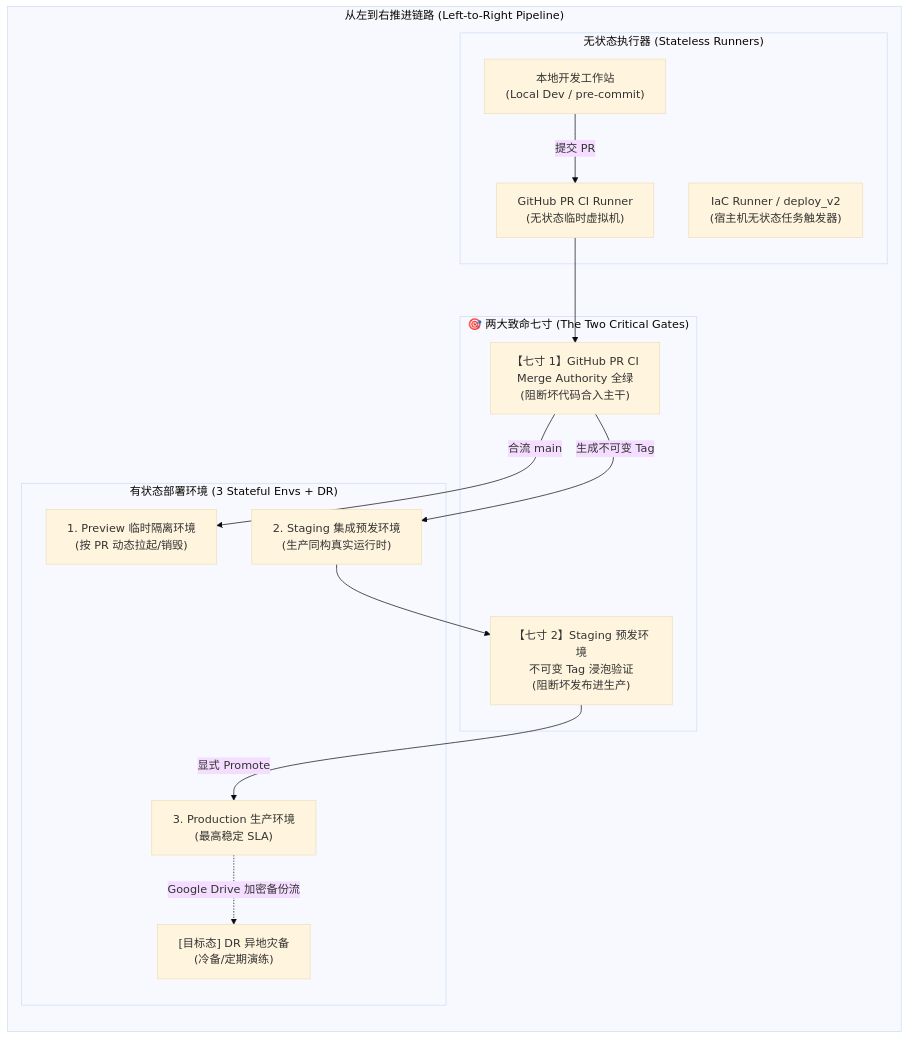
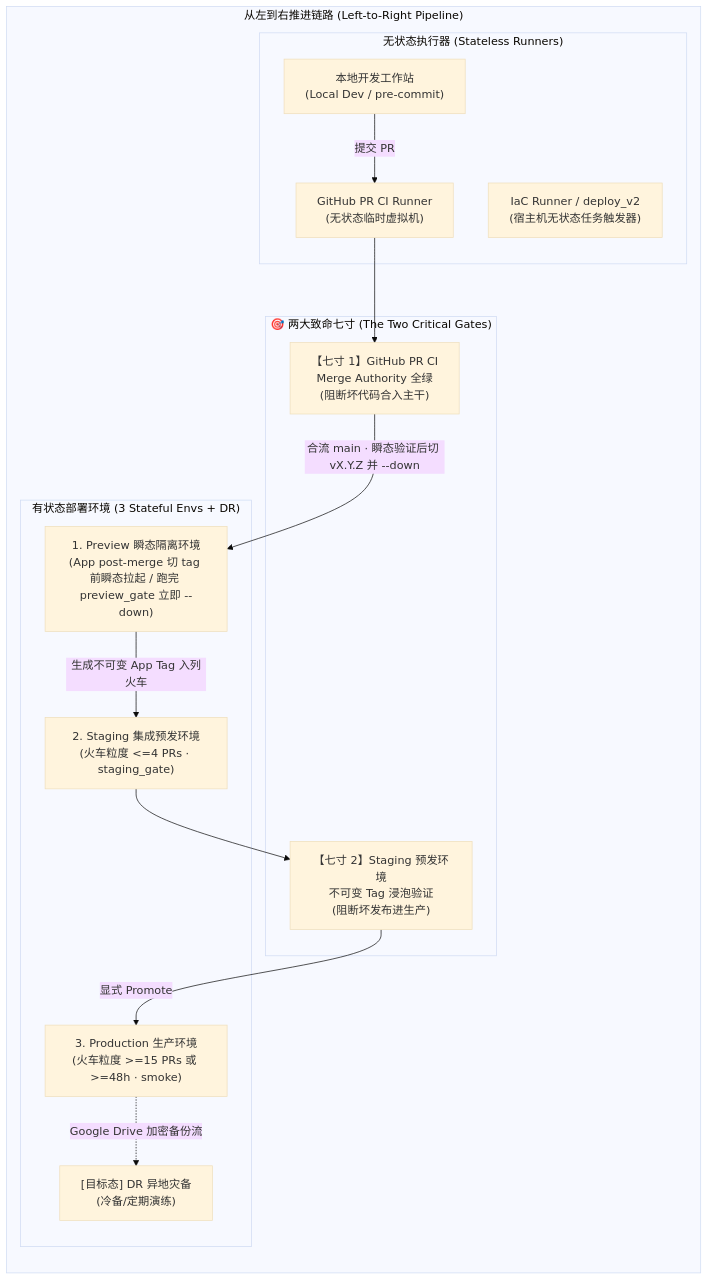
Before and after one commit to wangzitian0/infra2: the diagram in docs/ssot/core.environments.md, drawn with Mermaid (base theme). The commit also changed 7 other files, not shown here.

First line of the commit message:
feat(pipeline): restore ephemeral post-merge preview gate and unify hook slot SSOT (Refs #1554) (#1560)

````diff
--- a/docs/ssot/core.environments.md
+++ b/docs/ssot/core.environments.md
@@ -27,30 +27,30 @@
 ```mermaid
 flowchart LR
     subgraph L2R["从左到右推进链路 (Left-to-Right Pipeline)"]
         subgraph Runners["无状态执行器 (Stateless Runners)"]
             DevStation["本地开发工作站<br/>(Local Dev / pre-commit)"]
             GHARunner["GitHub PR CI Runner<br/>(无状态临时虚拟机)"]
             IaCRunner["IaC Runner / deploy_v2<br/>(宿主机无状态任务触发器)"]
         end
 
         subgraph ChokePoints["🎯 两大致命七寸 (The Two Critical Gates)"]
             Gate1["【七寸 1】GitHub PR CI<br/>Merge Authority 全绿<br/>(阻断坏代码合入主干)"]
             Gate2["【七寸 2】Staging 预发环境<br/>不可变 Tag 浸泡验证<br/>(阻断坏发布进生产)"]
         end
 
         subgraph DeployEnvs["有状态部署环境 (3 Stateful Envs + DR)"]
-            Preview["1. Preview 临时隔离环境<br/>(按 PR 动态拉起/销毁)"]
-            Staging["2. Staging 集成预发环境<br/>(生产同构真实运行时)"]
-            Production["3. Production 生产环境<br/>(最高稳定 SLA)"]
+            Preview["1. Preview 瞬态隔离环境<br/>(App post-merge 切 tag 前瞬态拉起 / 跑完 preview_gate 立即 --down)"]
+            Staging["2. Staging 集成预发环境<br/>(火车粒度 <=4 PRs · staging_gate)"]
+            Production["3. Production 生产环境<br/>(火车粒度 >=15 PRs 或 >=48h · smoke)"]
             DR["[目标态] DR 异地灾备<br/>(冷备/定期演练)"]
         end
     end
 
     DevStation -->|提交 PR| GHARunner
     GHARunner --> Gate1
-    Gate1 -->|合流 main| Preview
-    Gate1 -->|生成不可变 Tag| Staging
+    Gate1 -->|合流 main · 瞬态验证后切 vX.Y.Z 并 --down| Preview
+    Preview -->|生成不可变 App Tag 入列火车| Staging
     Staging --> Gate2
     Gate2 -->|显式 Promote| Production
     Production -.->|Google Drive 加密备份流| DR
 ```
````
